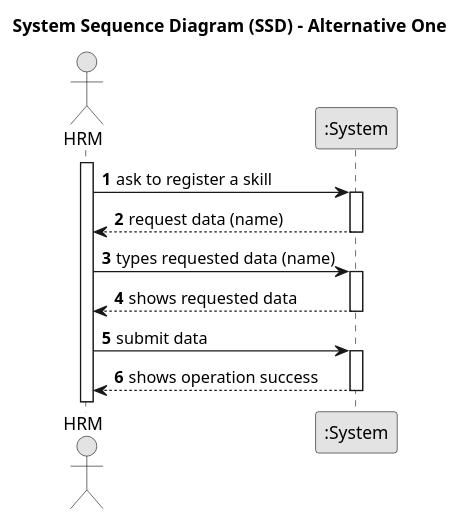
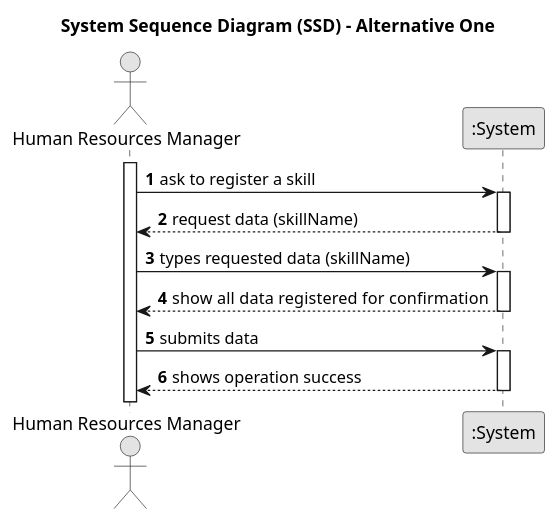
The diagram in docs/sprintB/us001/01.requirements-engineering/puml/us001-system-sequence-diagram-alternative-one.puml (SAEmanuel/Green_Spaces_Management_ISEP), drawn with PlantUML before and after one commit. The commit also changed 11 other files, not shown here.

```diff
--- a/docs/sprintB/us001/01.requirements-engineering/puml/us001-system-sequence-diagram-alternative-one.puml
+++ b/docs/sprintB/us001/01.requirements-engineering/puml/us001-system-sequence-diagram-alternative-one.puml
@@ -1,35 +1,35 @@
 @startuml
 skinparam monochrome true
 skinparam packageStyle rectangle
 skinparam shadowing false
 
 title System Sequence Diagram (SSD) - Alternative One
 
 autonumber
 
-actor "HRM" as Employee
+actor "Human Resources Manager" as Employee
 participant ":System" as System
 
 
 activate Employee
 
     Employee -> System : ask to register a skill
     activate System
 
-        System --> Employee : request data (name)
+        System --> Employee : request data (skillName)
     deactivate System
 
-    Employee -> System : types requested data (name)
+    Employee -> System : types requested data (skillName)
 
     activate System
 
-        System --> Employee : shows requested data
+        System --> Employee : show all data registered  for confirmation
     deactivate System
 
-    Employee -> System : submit data
+    Employee -> System : submits data
     activate System
 
         System --> Employee :shows operation success
     deactivate System
 
 @enduml
```
